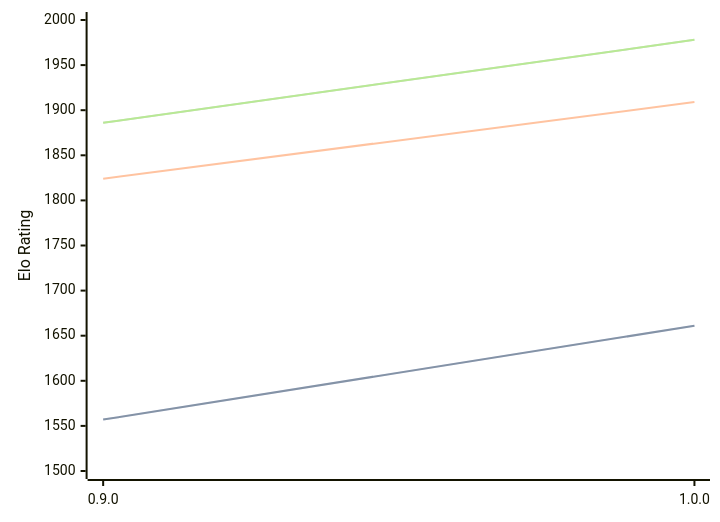
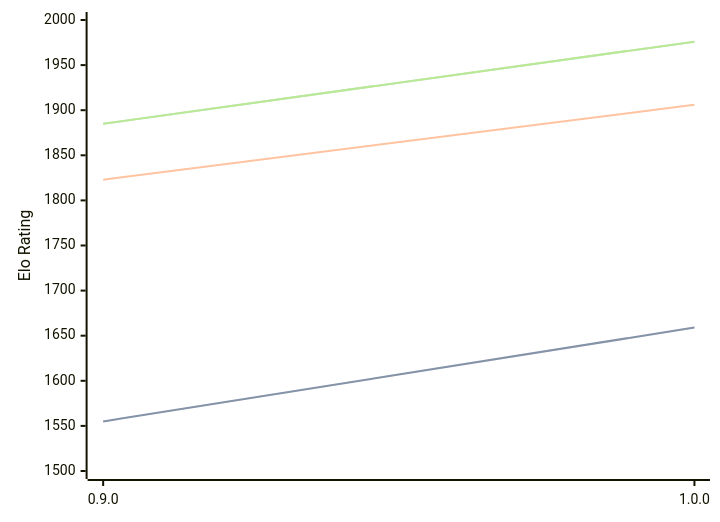
The diagram in engines/Ratsu.md (computer-chess-index/cci), drawn with Mermaid before and after one commit. The commit also changed other lines of this file, not shown here.

Commit message:
Update CCI Ratings (ELO VLTC) - 2026-04-17

````diff
--- a/engines/Ratsu.md
+++ b/engines/Ratsu.md
@@ -32,11 +32,11 @@
 ```mermaid
 %%{init: {"theme":"base","themeVariables":{"seriesColors:['#a3a3a3','#222221','#faa371']}}}%%
 xychart-beta
   x-axis ["0.9.0", "1.0.0"]
   y-axis "Elo Rating" 1500 --> 2000
-  line "STC (8.0+0.08s)" [1557, 1661]
-  line "STC (8.0+0.08s)" [1557, 1661]
-  line "LTC (60.0+0.60s)" [1824, 1909]
-  line "VLTC (2m24s+1.12s)" [1886, 1978]
-  line "VLTC (2m24s+1.12s)" [1886, 1978]
+  line "STC (8.0+0.08s)" [1555, 1659]
+  line "STC (8.0+0.08s)" [1555, 1659]
+  line "LTC (60.0+0.60s)" [1823, 1906]
+  line "VLTC (2m24s+1.12s)" [1885, 1976]
+  line "VLTC (2m24s+1.12s)" [1885, 1976]
 ```
````
